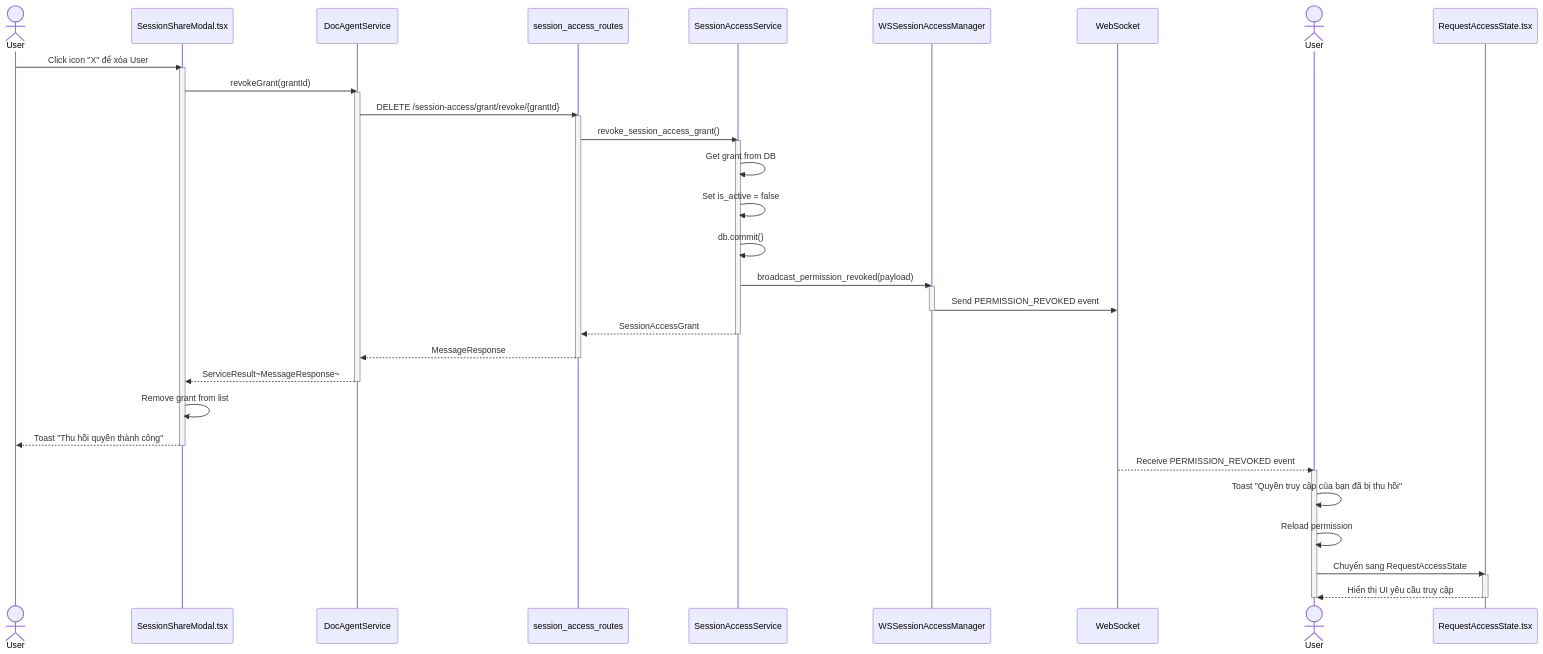
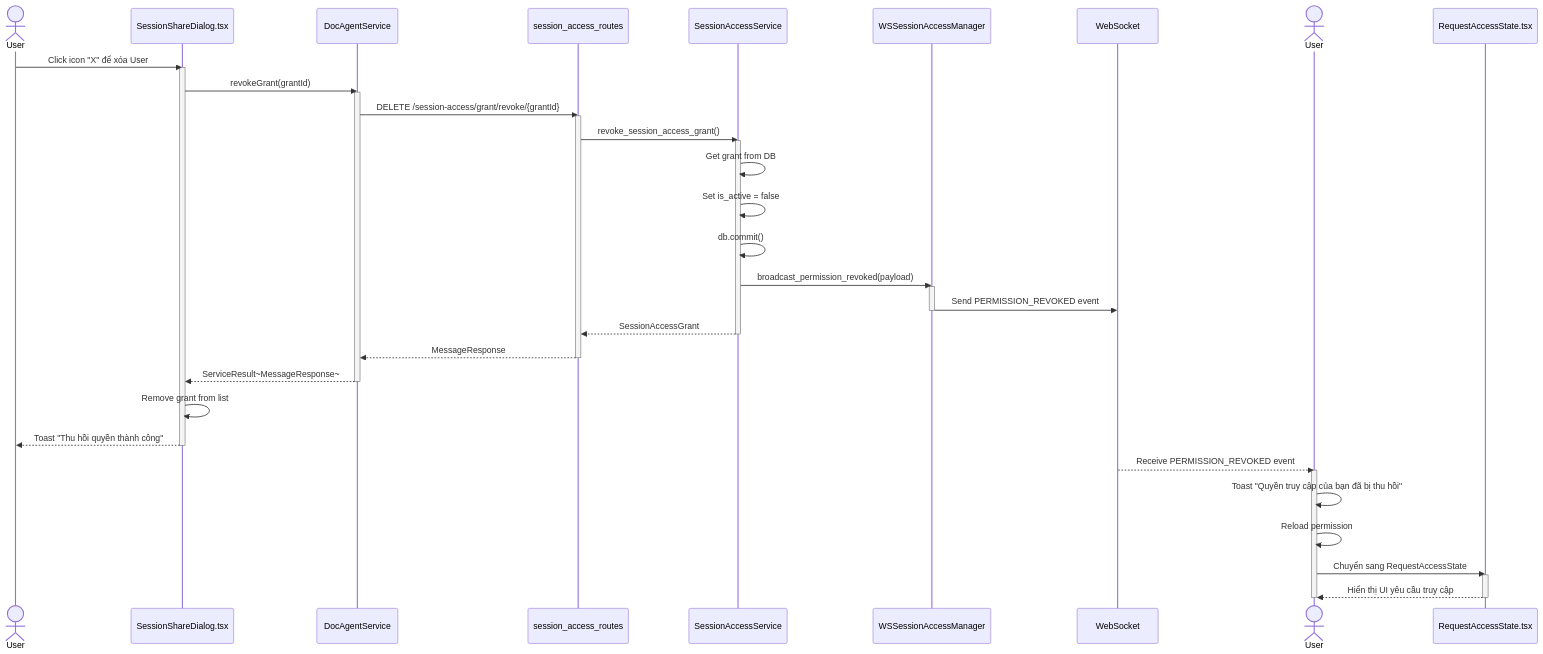
The third of 9 diagrams in session_access/4_session_access_seq.md (mduc-2610/gp_doc), drawn with Mermaid before and after one commit. The commit also changed other lines of this file and 45 other files, not shown here.

````diff
--- a/session_access/4_session_access_seq.md
+++ b/session_access/4_session_access_seq.md
@@ -157,52 +157,52 @@
 ```mermaid
 sequenceDiagram
     actor User1 as User
-    participant ShareModal as SessionShareModal.tsx
+    participant ShareModal as SessionShareDialog.tsx
     participant DocAgentService as DocAgentService
     participant SessionAccessRoutes as session_access_routes
     participant SessionAccessService as SessionAccessService
     participant WSManager as WSSessionAccessManager
     participant WebSocket as WebSocket
     actor User2 as User
     participant RequestAccessState as RequestAccessState.tsx
 
     User1->>ShareModal: Click icon "X" để xóa User
     activate ShareModal
     
     ShareModal->>DocAgentService: revokeGrant(grantId)
     activate DocAgentService
     DocAgentService->>SessionAccessRoutes: DELETE /session-access/grant/revoke/{grantId}
     activate SessionAccessRoutes
     SessionAccessRoutes->>SessionAccessService: revoke_session_access_grant()
     activate SessionAccessService
     
     SessionAccessService->>SessionAccessService: Get grant from DB
     SessionAccessService->>SessionAccessService: Set is_active = false
     SessionAccessService->>SessionAccessService: db.commit()
     
     SessionAccessService->>WSManager: broadcast_permission_revoked(payload)
     activate WSManager
     WSManager->>WebSocket: Send PERMISSION_REVOKED event
     deactivate WSManager
     
     SessionAccessService-->>SessionAccessRoutes: SessionAccessGrant
     deactivate SessionAccessService
     SessionAccessRoutes-->>DocAgentService: MessageResponse
     deactivate SessionAccessRoutes
     DocAgentService-->>ShareModal: ServiceResult~MessageResponse~
     deactivate DocAgentService
     
     ShareModal->>ShareModal: Remove grant from list
     ShareModal-->>User1: Toast "Thu hồi quyền thành công"
     deactivate ShareModal
     
     WebSocket-->>User2: Receive PERMISSION_REVOKED event
     activate User2
     User2->>User2: Toast "Quyền truy cập của bạn đã bị thu hồi"
     User2->>User2: Reload permission
     User2->>RequestAccessState: Chuyển sang RequestAccessState
     activate RequestAccessState
     RequestAccessState-->>User2: Hiển thị UI yêu cầu truy cập
     deactivate RequestAccessState
     deactivate User2
 ```
````
